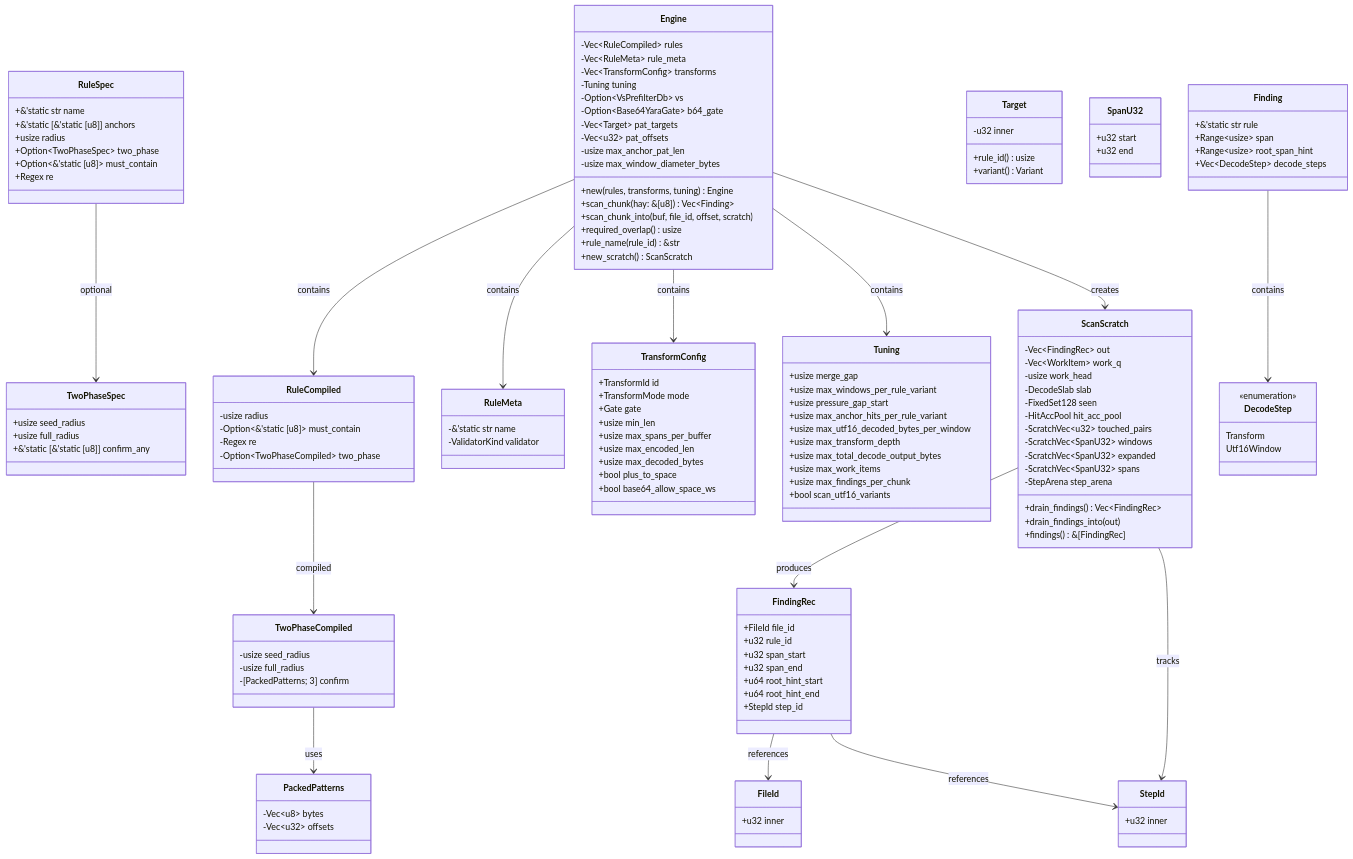
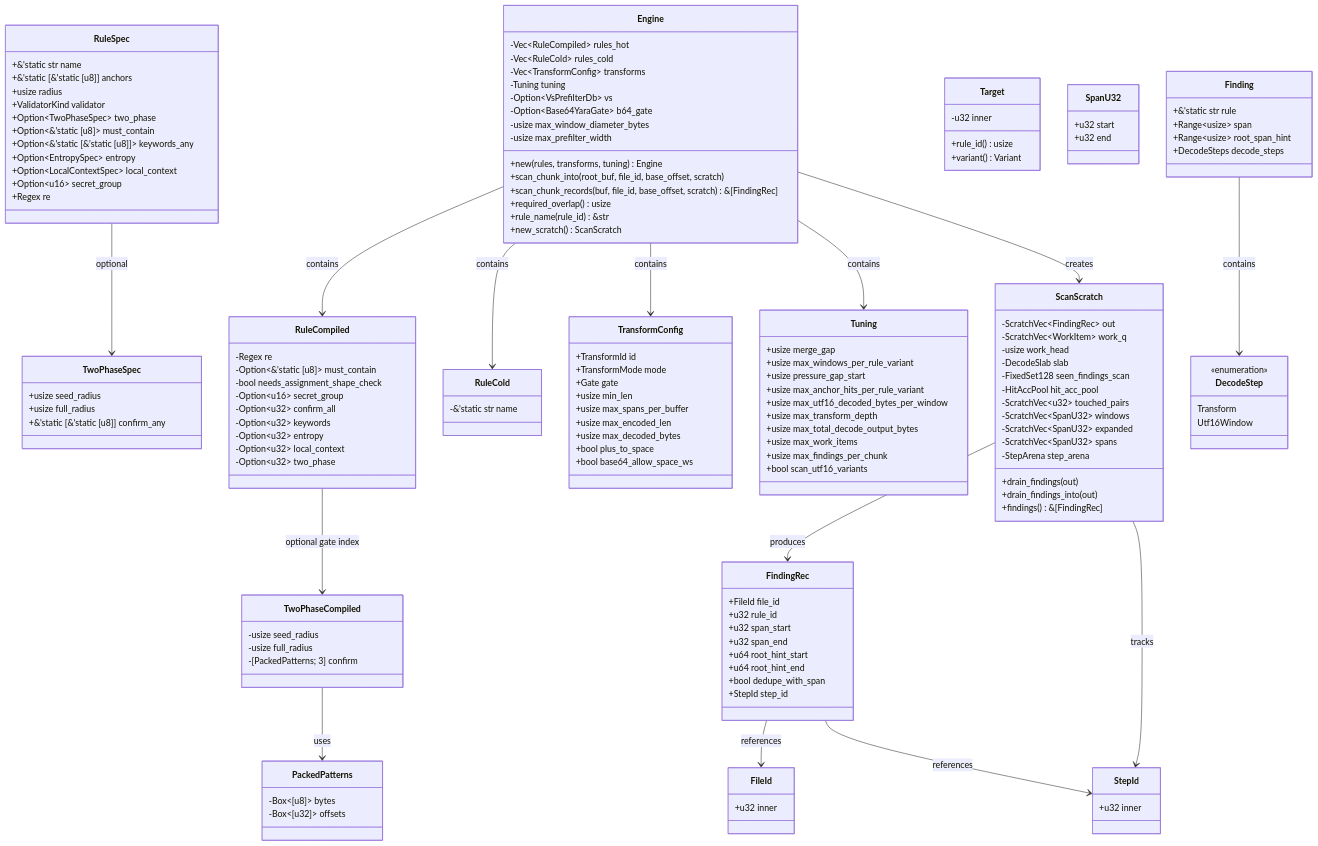
The first of 4 diagrams in docs/data-types.md (ahrav/scratch-scanner-rs), drawn with Mermaid before and after one commit. The commit also changed other lines of this file and 9 other files, not shown here.

```diff
--- a/docs/data-types.md
+++ b/docs/data-types.md
@@ -7,19 +11,17 @@
     direction TB
 
     class Engine {
-        -Vec~RuleCompiled~ rules
-        -Vec~RuleMeta~ rule_meta
+        -Vec~RuleCompiled~ rules_hot
+        -Vec~RuleCold~ rules_cold
         -Vec~TransformConfig~ transforms
         -Tuning tuning
         -Option~VsPrefilterDb~ vs
         -Option~Base64YaraGate~ b64_gate
-        -Vec~Target~ pat_targets
-        -Vec~u32~ pat_offsets
-        -usize max_anchor_pat_len
         -usize max_window_diameter_bytes
+        -usize max_prefilter_width
         +new(rules, transforms, tuning) Engine
-        +scan_chunk(hay: &[u8]) Vec~Finding~
-        +scan_chunk_into(buf, file_id, offset, scratch)
+        +scan_chunk_into(root_buf, file_id, base_offset, scratch)
+        +scan_chunk_records(buf, file_id, base_offset, scratch) &[FindingRec]
         +required_overlap() usize
         +rule_name(rule_id) &str
         +new_scratch() ScanScratch
@@ -29,21 +31,30 @@
         +&'static str name
         +&'static [&'static [u8]] anchors
         +usize radius
+        +ValidatorKind validator
         +Option~TwoPhaseSpec~ two_phase
         +Option~&'static [u8]~ must_contain
+        +Option~&'static [&'static [u8]]~ keywords_any
+        +Option~EntropySpec~ entropy
+        +Option~LocalContextSpec~ local_context
+        +Option~u16~ secret_group
         +Regex re
     }
 
     class RuleCompiled {
-        -usize radius
+        -Regex re
         -Option~&'static [u8]~ must_contain
-        -Regex re
-        -Option~TwoPhaseCompiled~ two_phase
+        -bool needs_assignment_shape_check
+        -Option~u16~ secret_group
+        -Option~u32~ confirm_all
+        -Option~u32~ keywords
+        -Option~u32~ entropy
+        -Option~u32~ local_context
+        -Option~u32~ two_phase
     }
 
-    class RuleMeta {
+    class RuleCold {
         -&'static str name
-        -ValidatorKind validator
     }
 
     class TwoPhaseCompiled {
@@ -53,8 +64,8 @@
     }
 
     class PackedPatterns {
-        -Vec~u8~ bytes
-        -Vec~u32~ offsets
+        -Box~[u8]~ bytes
+        -Box~[u32]~ offsets
     }
 
     class Target {
@@ -100,18 +111,18 @@
     }
 
     class ScanScratch {
-        -Vec~FindingRec~ out
-        -Vec~WorkItem~ work_q
+        -ScratchVec~FindingRec~ out
+        -ScratchVec~WorkItem~ work_q
         -usize work_head
         -DecodeSlab slab
-        -FixedSet128 seen
+        -FixedSet128 seen_findings_scan
         -HitAccPool hit_acc_pool
         -ScratchVec~u32~ touched_pairs
         -ScratchVec~SpanU32~ windows
         -ScratchVec~SpanU32~ expanded
         -ScratchVec~SpanU32~ spans
         -StepArena step_arena
-        +drain_findings() Vec~FindingRec~
+        +drain_findings(out)
         +drain_findings_into(out)
         +findings() &[FindingRec]
     }
@@ -120,7 +131,7 @@
         +&'static str rule
         +Range~usize~ span
         +Range~usize~ root_span_hint
-        +Vec~DecodeStep~ decode_steps
+        +DecodeSteps decode_steps
     }
 
     class FindingRec {
@@ -130,6 +141,7 @@
         +u32 span_end
         +u64 root_hint_start
         +u64 root_hint_end
+        +bool dedupe_with_span
         +StepId step_id
     }
 
@@ -148,13 +160,13 @@
     }
 
     Engine --> RuleCompiled : contains
-    Engine --> RuleMeta : contains
+    Engine --> RuleCold : contains
     Engine --> TransformConfig : contains
     Engine --> Tuning : contains
     Engine --> ScanScratch : creates
 
     RuleSpec --> TwoPhaseSpec : optional
-    RuleCompiled --> TwoPhaseCompiled : compiled
+    RuleCompiled --> TwoPhaseCompiled : optional gate index
     TwoPhaseCompiled --> PackedPatterns : uses
 
     ScanScratch --> FindingRec : produces
```
